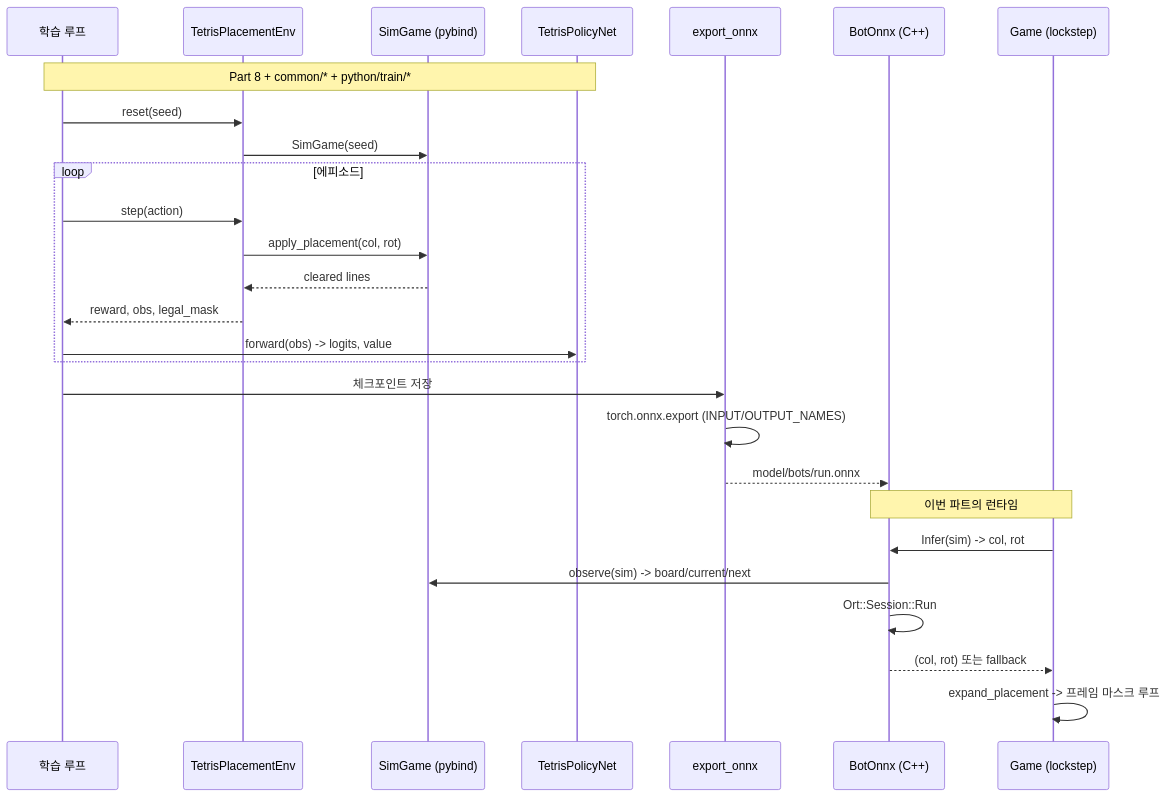
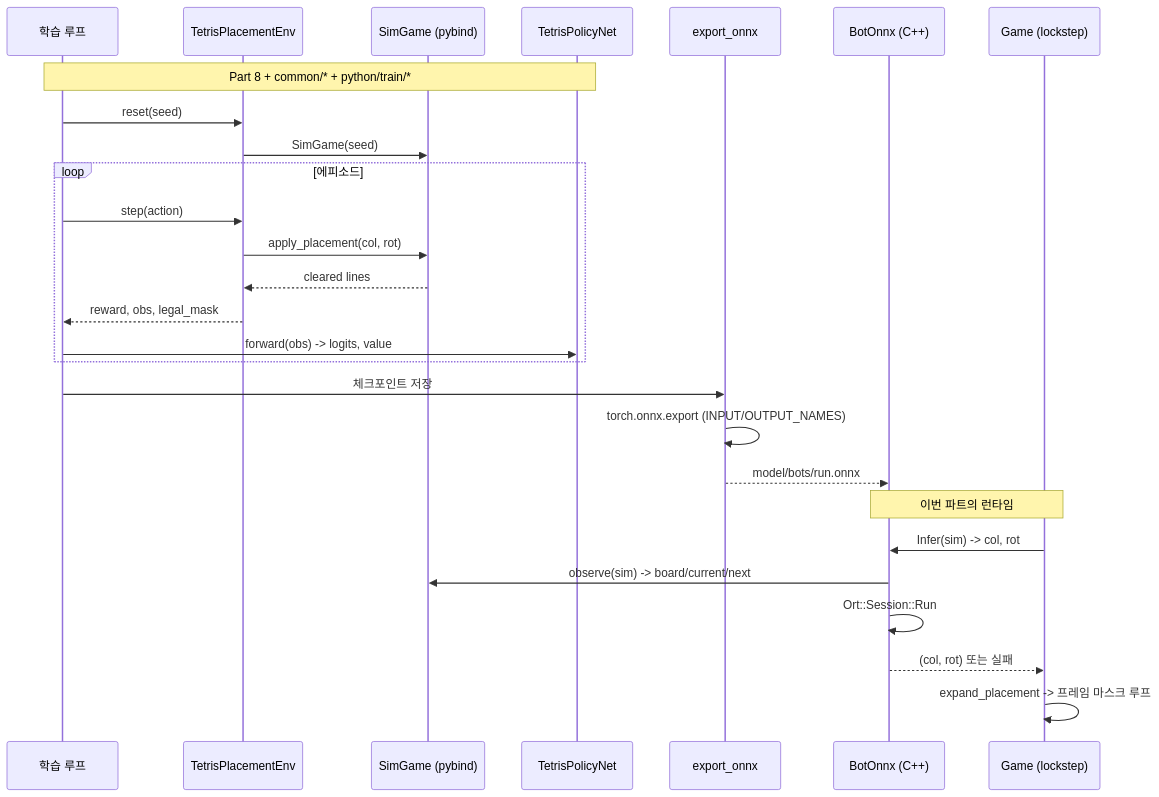
The second of 2 diagrams in docs/blog/part9-rl-onnx-bot.md (Rein-ArXiv/Tetris-Multiplayer-RL), drawn with Mermaid before and after one commit. The commit also changed other lines of this file and 13601 other files, not shown here.

````diff
--- a/docs/blog/part9-rl-onnx-bot.md
+++ b/docs/blog/part9-rl-onnx-bot.md
@@ -85,31 +85,31 @@
 ```mermaid
 sequenceDiagram
     participant L as 학습 루프
     participant E as TetrisPlacementEnv
     participant S as SimGame (pybind)
     participant N as TetrisPolicyNet
     participant X as export_onnx
     participant B as BotOnnx (C++)
     participant G as Game (lockstep)
 
     Note over L,N: Part 8 + common/* + python/train/*
     L->>E: reset(seed)
     E->>S: SimGame(seed)
     loop 에피소드
         L->>E: step(action)
         E->>S: apply_placement(col, rot)
         S-->>E: cleared lines
         E-->>L: reward, obs, legal_mask
         L->>N: forward(obs) -> logits, value
     end
     L->>X: 체크포인트 저장
     X->>X: torch.onnx.export (INPUT/OUTPUT_NAMES)
     X-->>B: model/bots/run.onnx
 
     Note over B,G: 이번 파트의 런타임
     G->>B: Infer(sim) -> col, rot
     B->>S: observe(sim) -> board/current/next
     B->>B: Ort::Session::Run
-    B-->>G: (col, rot) 또는 fallback
+    B-->>G: (col, rot) 또는 실패
     G->>G: expand_placement -> 프레임 마스크 루프
 ```
````
